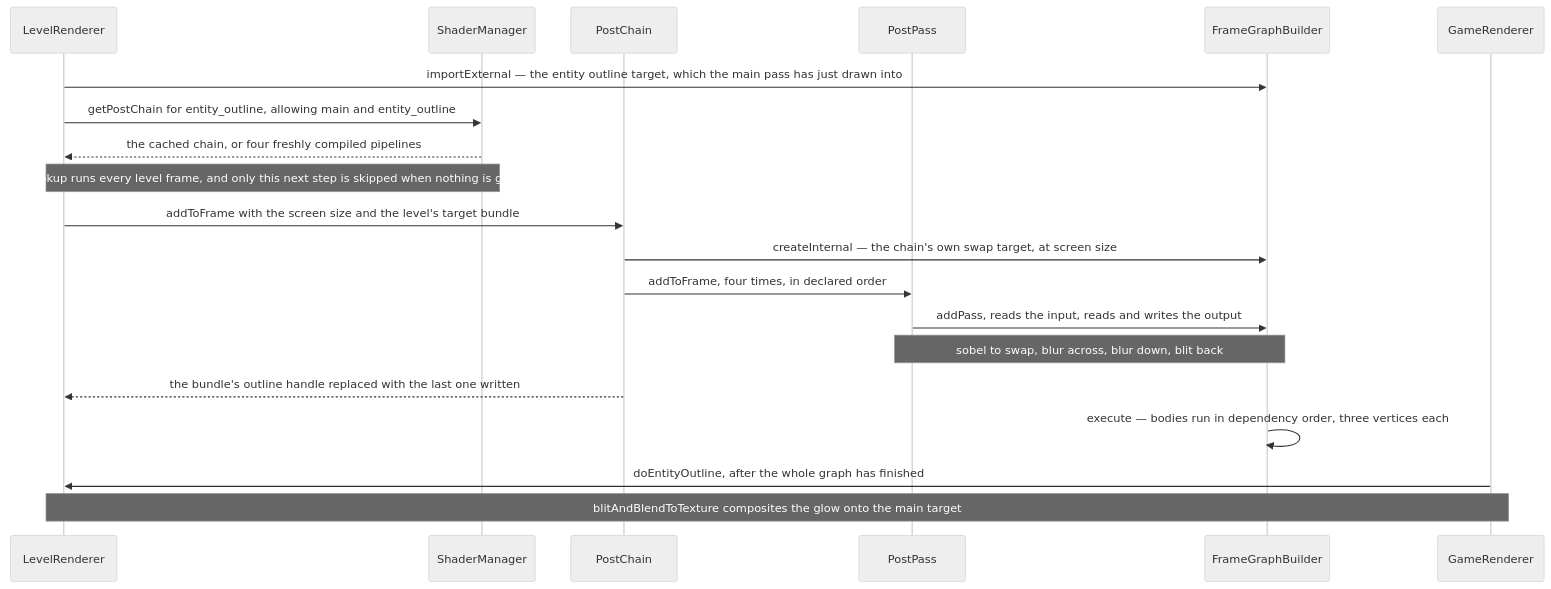
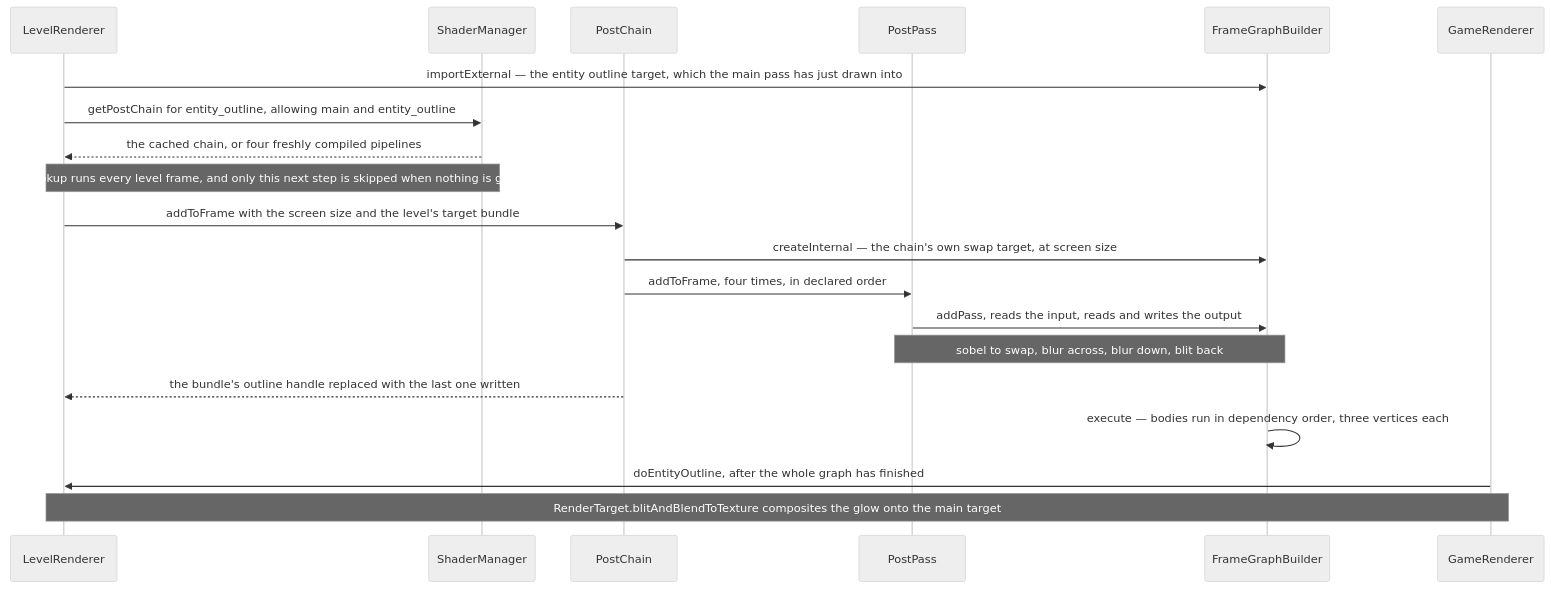
Before and after one commit to AlexanderjFraser/MinecraftDocs: the second of 2 diagrams in src/systems/rendering/post-processing.md, drawn with Mermaid (neutral theme). The commit also changed 55 other files, not shown here.

First line of the commit message:
pass 7, session O — the close, before K: the figure gate strict, the landing figures read as one set, and one strike in thirty not borne out

````diff
--- a/src/systems/rendering/post-processing.md
+++ b/src/systems/rendering/post-processing.md
@@ -206,23 +206,23 @@
 ```mermaid
 sequenceDiagram
     participant LR as LevelRenderer
     participant ShadM as ShaderManager
     participant PChain as PostChain
     participant PPass as PostPass
     participant FGB as FrameGraphBuilder
     participant GR as GameRenderer
 
     LR->>FGB: importExternal — the entity outline target, which the main pass has just drawn into
     LR->>ShadM: getPostChain for entity_outline, allowing main and entity_outline
     ShadM-->>LR: the cached chain, or four freshly compiled pipelines
     Note over LR,ShadM: the lookup runs every level frame, and only this next step is skipped when nothing is glowing
     LR->>PChain: addToFrame with the screen size and the level's target bundle
     PChain->>FGB: createInternal — the chain's own swap target, at screen size
     PChain->>PPass: addToFrame, four times, in declared order
     PPass->>FGB: addPass, reads the input, reads and writes the output
     Note over PPass,FGB: sobel to swap, blur across, blur down, blit back
     PChain-->>LR: the bundle's outline handle replaced with the last one written
     FGB->>FGB: execute — bodies run in dependency order, three vertices each
     GR->>LR: doEntityOutline, after the whole graph has finished
-    Note over GR,LR: blitAndBlendToTexture composites the glow onto the main target
+    Note over GR,LR: RenderTarget.blitAndBlendToTexture composites the glow onto the main target
 ```
````
